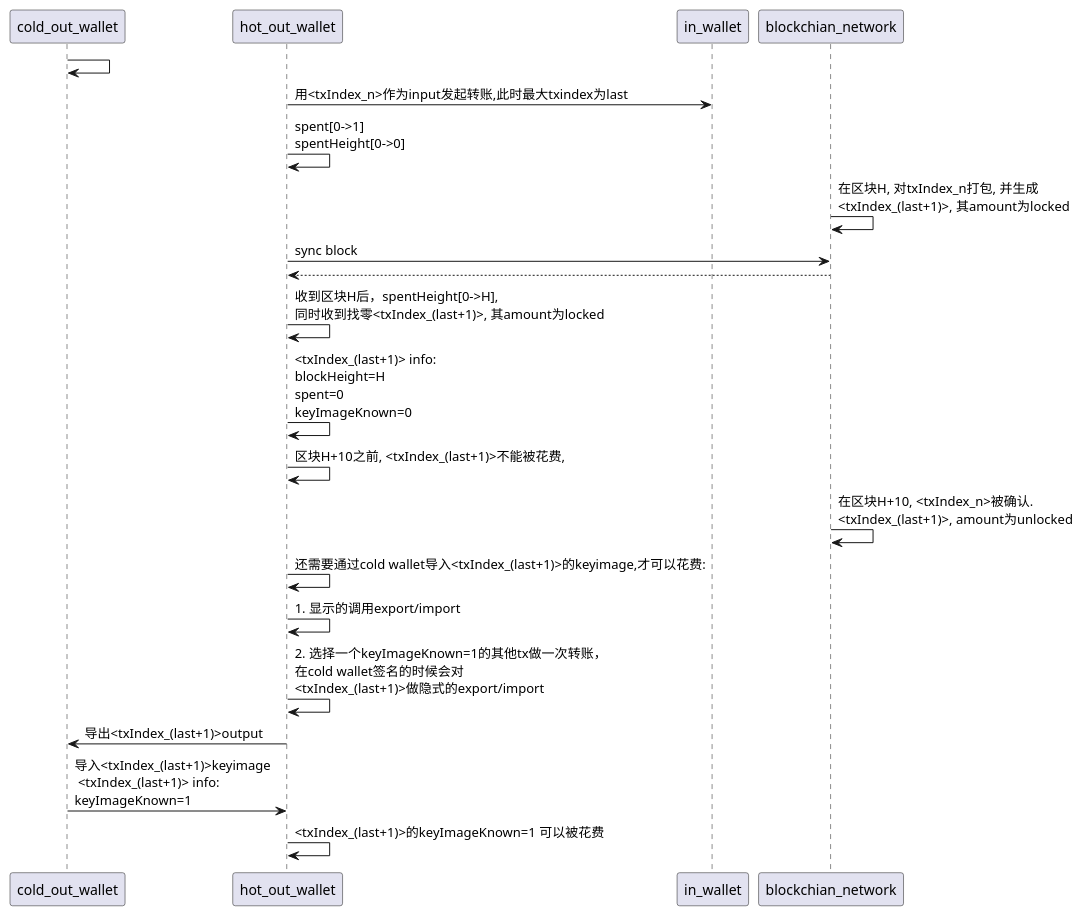
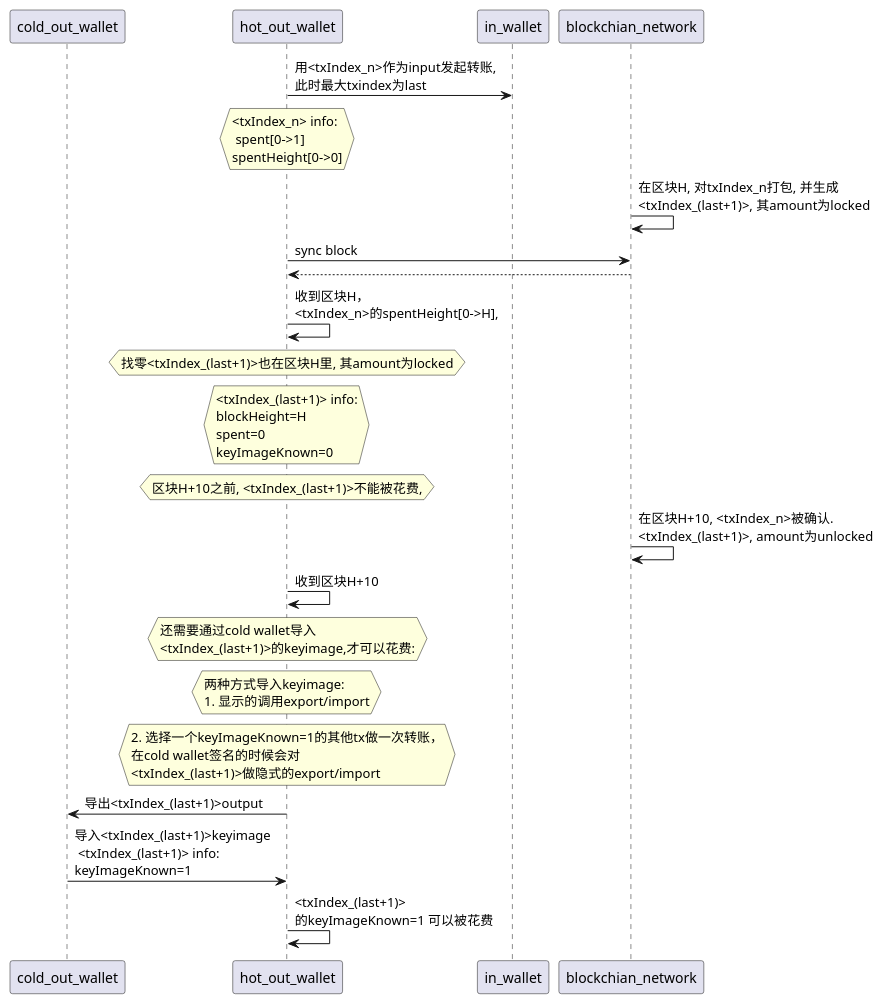
The diagram in uml/xmr/transfer.puml (cmdpos/gaia), drawn with PlantUML before and after one commit. The commit also changed 1 other file, not shown here.

```diff
--- a/uml/xmr/transfer.puml
+++ b/uml/xmr/transfer.puml
@@ -1,37 +1,46 @@
 @startuml
-cold_out_wallet -> cold_out_wallet
 
-hot_out_wallet -> in_wallet: 用<txIndex_n>作为input发起转账,此时最大txindex为last
+participant cold_out_wallet
+participant hot_out_wallet
+participant in_wallet
+participant blockchian_network
 
-hot_out_wallet -> hot_out_wallet: spent[0->1]\nspentHeight[0->0]
+
+hot_out_wallet -> in_wallet: 用<txIndex_n>作为input发起转账,\n此时最大txindex为last
+hnote over hot_out_wallet : <txIndex_n> info:\n spent[0->1]\nspentHeight[0->0]
 
 
 
 blockchian_network -> blockchian_network: 在区块H, 对txIndex_n打包, 并生成\n<txIndex_(last+1)>, 其amount为locked
 
-
 hot_out_wallet -> blockchian_network: sync block
 hot_out_wallet <-- blockchian_network:
 
-hot_out_wallet -> hot_out_wallet: 收到区块H后，spentHeight[0->H],\n同时收到找零<txIndex_(last+1)>, 其amount为locked
+hot_out_wallet -> hot_out_wallet: 收到区块H，\n<txIndex_n>的spentHeight[0->H],
 
-hot_out_wallet -> hot_out_wallet: <txIndex_(last+1)> info:\nblockHeight=H \nspent=0 \nkeyImageKnown=0
 
-hot_out_wallet -> hot_out_wallet: 区块H+10之前, <txIndex_(last+1)>不能被花费,
+hnote over hot_out_wallet: 找零<txIndex_(last+1)>也在区块H里, 其amount为locked
+
+hnote over hot_out_wallet: <txIndex_(last+1)> info:\nblockHeight=H \nspent=0 \nkeyImageKnown=0
+
+hnote over hot_out_wallet: 区块H+10之前, <txIndex_(last+1)>不能被花费,
 
 blockchian_network -> blockchian_network: 在区块H+10, <txIndex_n>被确认.\n<txIndex_(last+1)>, amount为unlocked
 
-hot_out_wallet -> hot_out_wallet: 还需要通过cold wallet导入<txIndex_(last+1)>的keyimage,才可以花费:
+hot_out_wallet -> hot_out_wallet: 收到区块H+10
 
-hot_out_wallet -> hot_out_wallet: 1. 显示的调用export/import
-hot_out_wallet -> hot_out_wallet: 2. 选择一个keyImageKnown=1的其他tx做一次转账，\n在cold wallet签名的时候会对\n<txIndex_(last+1)>做隐式的export/import
+
+hnote over hot_out_wallet: 还需要通过cold wallet导入\n<txIndex_(last+1)>的keyimage,才可以花费:
+
+hnote over hot_out_wallet: 两种方式导入keyimage:\n1. 显示的调用export/import
+hnote over hot_out_wallet: 2. 选择一个keyImageKnown=1的其他tx做一次转账，\n在cold wallet签名的时候会对\n<txIndex_(last+1)>做隐式的export/import
 
 
 hot_out_wallet -> cold_out_wallet: 导出<txIndex_(last+1)>output
 
 cold_out_wallet -> hot_out_wallet: 导入<txIndex_(last+1)>keyimage\n <txIndex_(last+1)> info:\nkeyImageKnown=1
 
-hot_out_wallet -> hot_out_wallet: <txIndex_(last+1)>的keyImageKnown=1 可以被花费
+hot_out_wallet -> hot_out_wallet: <txIndex_(last+1)>\n的keyImageKnown=1 可以被花费
 
 
 @enduml
```
